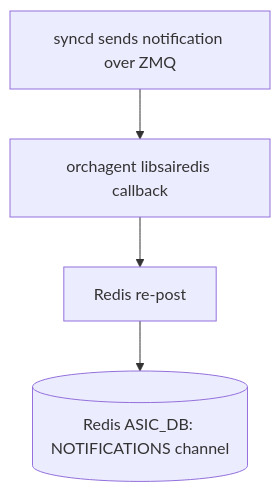
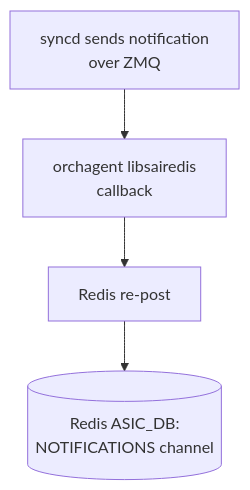
One commit to sonic-net/sonic-buildimage changed the tenth of 11 diagrams in hld/zmq-southbound-sai-notification-handling.md. Above: the diagram before and after it, drawn with Mermaid. The commit also changed other lines of this file, not shown here.

Commit message:
Improve HLD Mermaid diagram rendering

````diff
--- a/hld/zmq-southbound-sai-notification-handling.md
+++ b/hld/zmq-southbound-sai-notification-handling.md
@@ -729,11 +729,11 @@
 ```mermaid
 flowchart TD
-    zmqNotification["syncd sends notification over ZMQ"]
-    libsairedisCallback["orchagent libsairedis callback"]
+    zmqNotification["syncd sends notification<br/>over ZMQ"]
+    libsairedisCallback["orchagent libsairedis<br/>callback"]
     redisRepost["Redis re-post"]
-    redisNotifications[("Redis ASIC_DB: NOTIFICATIONS channel")]
+    redisNotifications[("Redis ASIC_DB:<br/>NOTIFICATIONS channel")]
 
     zmqNotification --> libsairedisCallback
     libsairedisCallback --> redisRepost
     redisRepost --> redisNotifications
 ```
````
